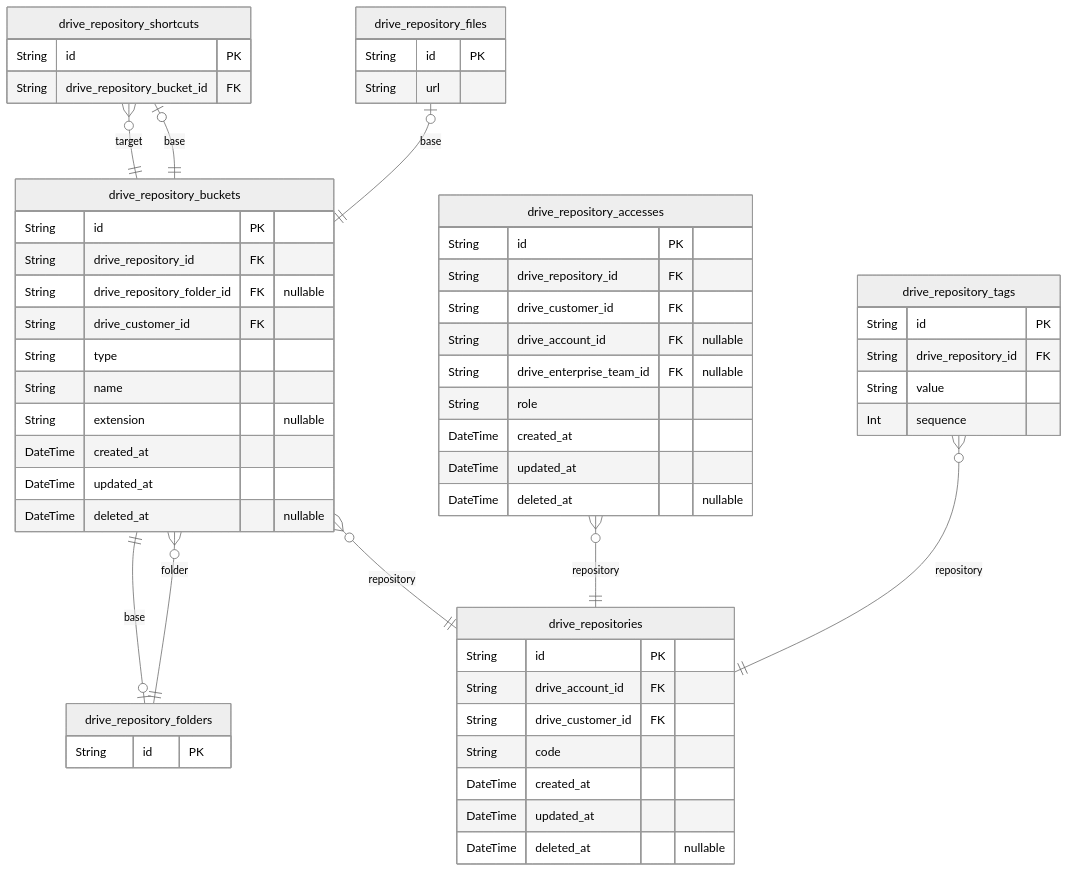
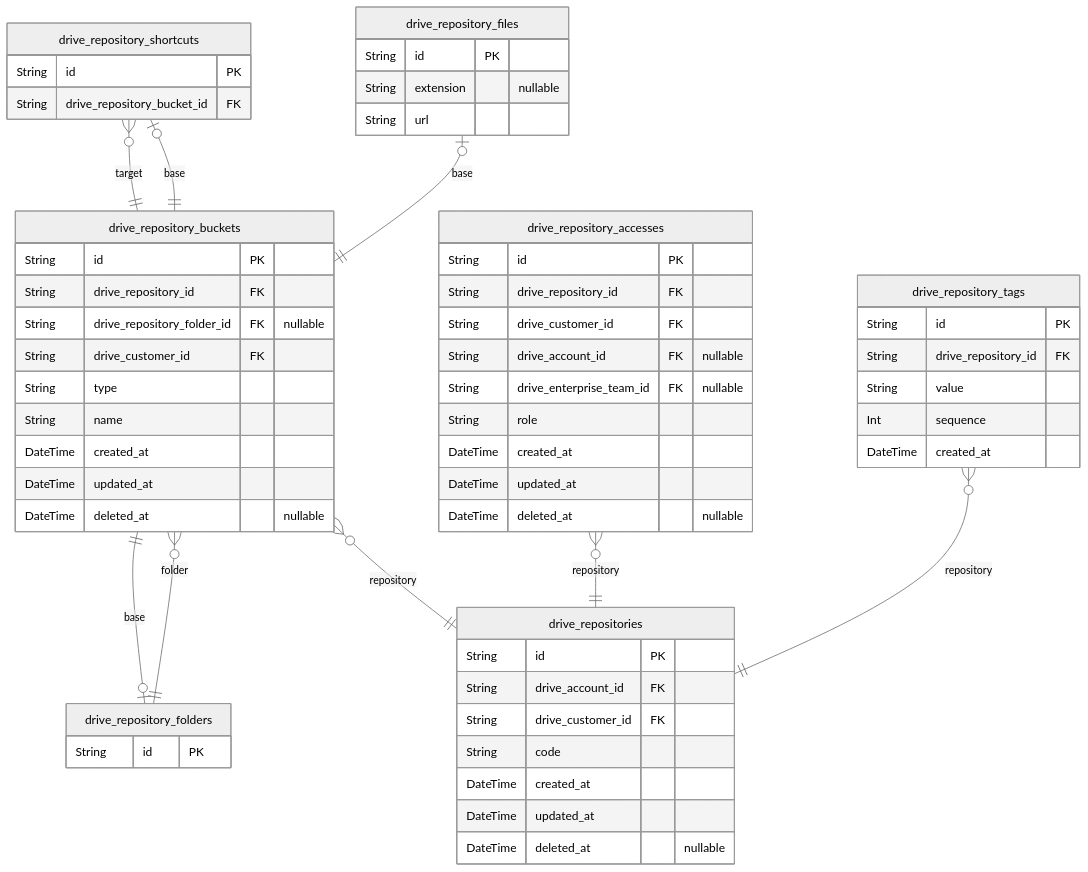
One commit to samchon/prisma-markdown changed the second of 2 diagrams in test/drive.md. Above: the diagram before and after it, drawn with Mermaid (neutral theme). The commit also changed other lines of this file and 3 other files, not shown here.

Commit message:
Add new example ERD, Google Drive

````diff
--- a/test/drive.md
+++ b/test/drive.md
@@ -495,60 +437,61 @@
 ```mermaid
 erDiagram
 "drive_repositories" {
     String id PK
     String drive_account_id FK
     String drive_customer_id FK
     String code
     DateTime created_at
     DateTime updated_at
     DateTime deleted_at "nullable"
 }
 "drive_repository_buckets" {
     String id PK
     String drive_repository_id FK
     String drive_repository_folder_id FK "nullable"
     String drive_customer_id FK
     String type
     String name
-    String extension "nullable"
     DateTime created_at
     DateTime updated_at
     DateTime deleted_at "nullable"
 }
 "drive_repository_folders" {
     String id PK
 }
 "drive_repository_files" {
     String id PK
+    String extension "nullable"
     String url
 }
 "drive_repository_shortcuts" {
     String id PK
     String drive_repository_bucket_id FK
 }
 "drive_repository_accesses" {
     String id PK
     String drive_repository_id FK
     String drive_customer_id FK
     String drive_account_id FK "nullable"
     String drive_enterprise_team_id FK "nullable"
     String role
     DateTime created_at
     DateTime updated_at
     DateTime deleted_at "nullable"
 }
 "drive_repository_tags" {
     String id PK
     String drive_repository_id FK
     String value
     Int sequence
+    DateTime created_at
 }
 "drive_repository_buckets" }o--|| "drive_repositories" : repository
 "drive_repository_buckets" }o--|| "drive_repository_folders" : folder
 "drive_repository_folders" |o--|| "drive_repository_buckets" : base
 "drive_repository_files" |o--|| "drive_repository_buckets" : base
 "drive_repository_shortcuts" |o--|| "drive_repository_buckets" : base
 "drive_repository_shortcuts" }o--|| "drive_repository_buckets" : target
 "drive_repository_accesses" }o--|| "drive_repositories" : repository
 "drive_repository_tags" }o--|| "drive_repositories" : repository
 ```
````
